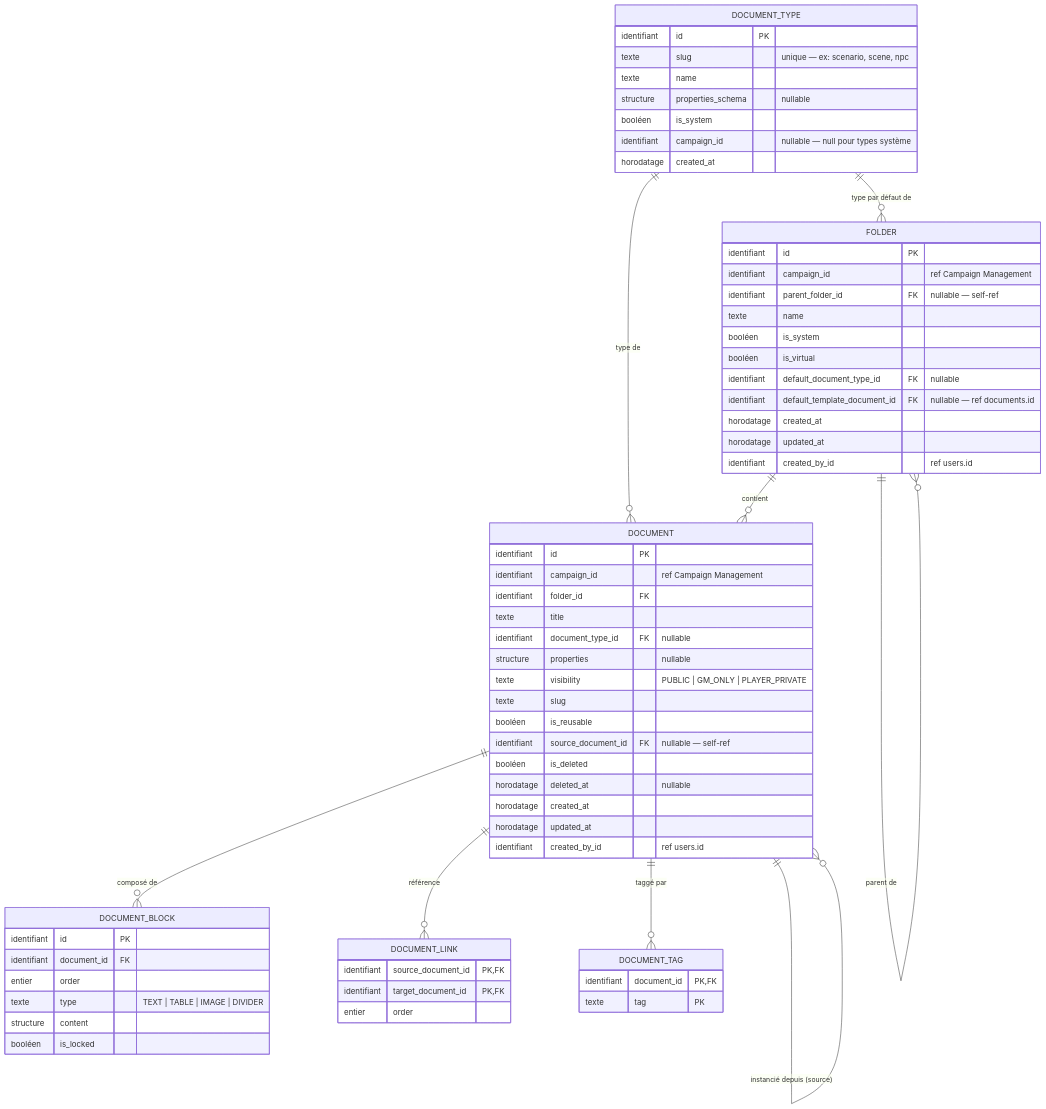
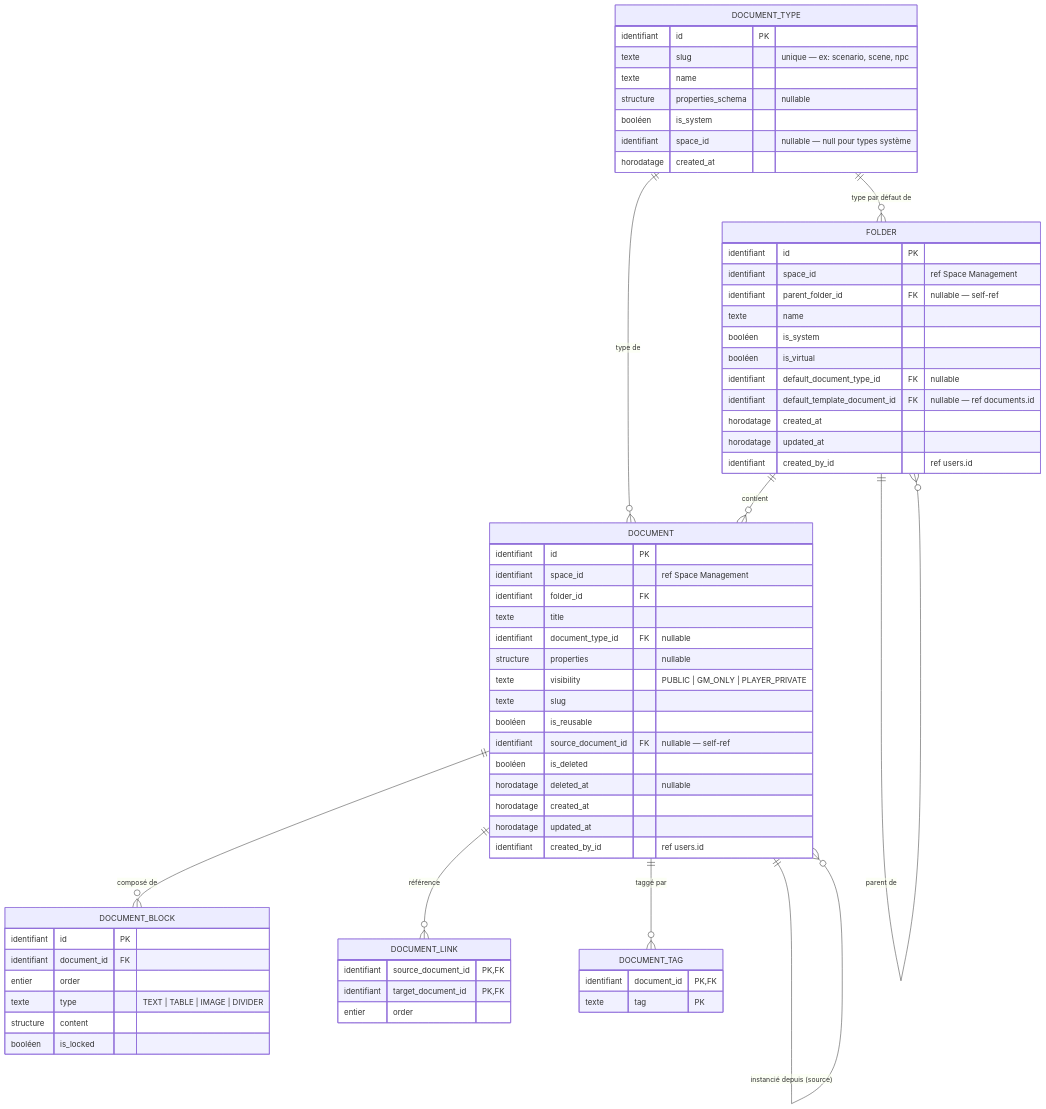
The diagram in docs/conception/domain/diagrams/mcd/content-library.md (2025-10-CDA-ECO-P6/PM-micro-saas), drawn with Mermaid before and after one commit. The commit also changed 84 other files, not shown here.

First line of the commit message:
docs(conception): généralisation Campaign→Space + espace personnel (ADR-018)

````diff
--- a/docs/conception/domain/diagrams/mcd/content-library.md
+++ b/docs/conception/domain/diagrams/mcd/content-library.md
@@ -3,73 +3,73 @@
 ```mermaid
 erDiagram
     FOLDER {
         identifiant id PK
-        identifiant campaign_id "ref Campaign Management"
+        identifiant space_id "ref Space Management"
         identifiant parent_folder_id FK "nullable — self-ref"
         texte name
         booléen is_system
         booléen is_virtual
         identifiant default_document_type_id FK "nullable"
         identifiant default_template_document_id FK "nullable — ref documents.id"
         horodatage created_at
         horodatage updated_at
         identifiant created_by_id "ref users.id"
     }
 
     DOCUMENT_TYPE {
         identifiant id PK
         texte slug "unique — ex: scenario, scene, npc"
         texte name
         structure properties_schema "nullable"
         booléen is_system
-        identifiant campaign_id "nullable — null pour types système"
+        identifiant space_id "nullable — null pour types système"
         horodatage created_at
     }
 
     DOCUMENT {
         identifiant id PK
-        identifiant campaign_id "ref Campaign Management"
+        identifiant space_id "ref Space Management"
         identifiant folder_id FK
         texte title
         identifiant document_type_id FK "nullable"
         structure properties "nullable"
         texte visibility "PUBLIC | GM_ONLY | PLAYER_PRIVATE"
         texte slug
         booléen is_reusable
         identifiant source_document_id FK "nullable — self-ref"
         booléen is_deleted
         horodatage deleted_at "nullable"
         horodatage created_at
         horodatage updated_at
         identifiant created_by_id "ref users.id"
     }
 
     DOCUMENT_BLOCK {
         identifiant id PK
         identifiant document_id FK
         entier order
         texte type "TEXT | TABLE | IMAGE | DIVIDER"
         structure content
         booléen is_locked
     }
 
     DOCUMENT_LINK {
         identifiant source_document_id PK,FK
         identifiant target_document_id PK,FK
         entier order
     }
 
     DOCUMENT_TAG {
         identifiant document_id PK,FK
         texte tag PK
     }
 
     FOLDER ||--o{ DOCUMENT : "contient"
     FOLDER ||--o{ FOLDER : "parent de"
     DOCUMENT_TYPE ||--o{ DOCUMENT : "type de"
     DOCUMENT_TYPE ||--o{ FOLDER : "type par défaut de"
     DOCUMENT ||--o{ DOCUMENT_BLOCK : "composé de"
     DOCUMENT ||--o{ DOCUMENT_LINK : "référence"
     DOCUMENT ||--o{ DOCUMENT_TAG : "taggé par"
     DOCUMENT ||--o{ DOCUMENT : "instancié depuis (source)"
 ```
````
